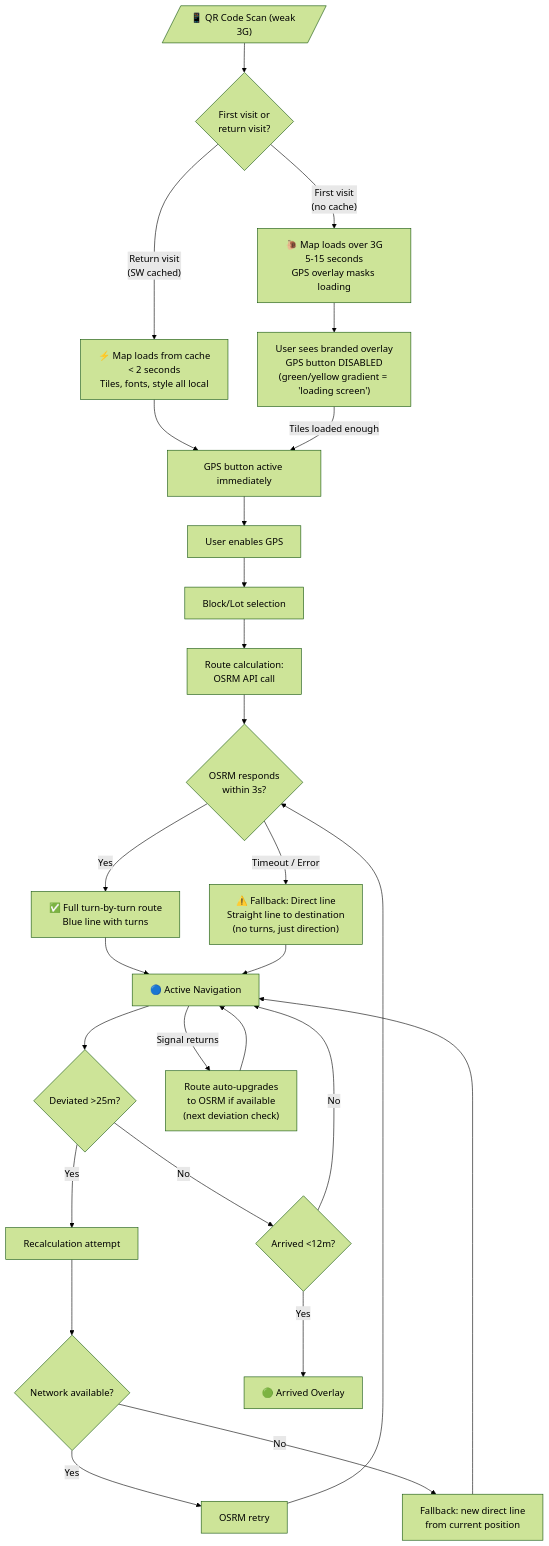
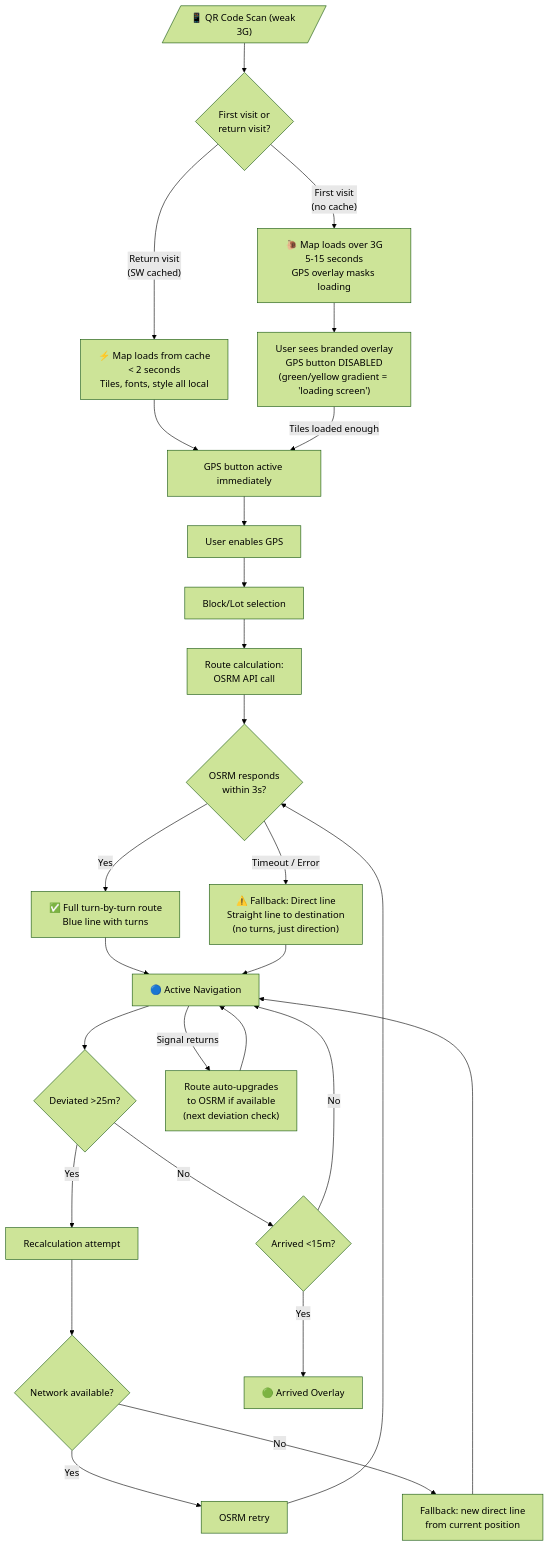
One commit to Karlito8888/new-ggv-gps changed the second of 3 diagrams in _bmad-output/planning-artifacts/ux-design-specification.md. Above: the diagram before and after it, drawn with Mermaid (forest theme). The commit also changed other lines of this file and 7 other files, not shown here.

````diff
--- a/_bmad-output/planning-artifacts/ux-design-specification.md
+++ b/_bmad-output/planning-artifacts/ux-design-specification.md
@@ -900,38 +900,38 @@
 ```mermaid
 flowchart TD
     QR[/"📱 QR Code Scan (weak 3G)"/] --> CACHE_CHECK{"First visit or<br/>return visit?"}
 
     CACHE_CHECK -->|"Return visit<br/>(SW cached)"| FAST_LOAD["⚡ Map loads from cache<br/>< 2 seconds<br/>Tiles, fonts, style all local"]
     CACHE_CHECK -->|"First visit<br/>(no cache)"| SLOW_LOAD["🐌 Map loads over 3G<br/>5-15 seconds<br/>GPS overlay masks loading"]
 
     FAST_LOAD --> GPS_READY["GPS button active immediately"]
     SLOW_LOAD --> LOADING_STATE["User sees branded overlay<br/>GPS button DISABLED<br/>(green/yellow gradient = 'loading screen')"]
     LOADING_STATE -->|"Tiles loaded enough"| GPS_READY
 
     GPS_READY --> GPS_GRANT["User enables GPS"]
     GPS_GRANT --> SELECT["Block/Lot selection"]
     SELECT --> ROUTE_ATTEMPT["Route calculation:<br/>OSRM API call"]
 
     ROUTE_ATTEMPT --> OSRM_CHECK{"OSRM responds<br/>within 3s?"}
 
     OSRM_CHECK -->|"Yes"| ROUTE_OK["✅ Full turn-by-turn route<br/>Blue line with turns"]
     OSRM_CHECK -->|"Timeout / Error"| FALLBACK["⚠️ Fallback: Direct line<br/>Straight line to destination<br/>(no turns, just direction)"]
 
     ROUTE_OK --> NAV["🔵 Active Navigation"]
     FALLBACK --> NAV
 
     NAV --> DEVIATION{"Deviated >25m?"}
     DEVIATION -->|"Yes"| RECALC_ATTEMPT["Recalculation attempt"]
     RECALC_ATTEMPT --> RECALC_CHECK{"Network available?"}
     RECALC_CHECK -->|"Yes"| OSRM_RETRY["OSRM retry"]
     OSRM_RETRY --> OSRM_CHECK
     RECALC_CHECK -->|"No"| FALLBACK_AGAIN["Fallback: new direct line<br/>from current position"]
     FALLBACK_AGAIN --> NAV
 
-    DEVIATION -->|"No"| ARRIVAL{"Arrived <12m?"}
+    DEVIATION -->|"No"| ARRIVAL{"Arrived <15m?"}
     ARRIVAL -->|"No"| NAV
     ARRIVAL -->|"Yes"| DONE["🟢 Arrived Overlay"]
 
     NAV -->|"Signal returns"| AUTO_UPGRADE["Route auto-upgrades<br/>to OSRM if available<br/>(next deviation check)"]
     AUTO_UPGRADE --> NAV
 ```
````
